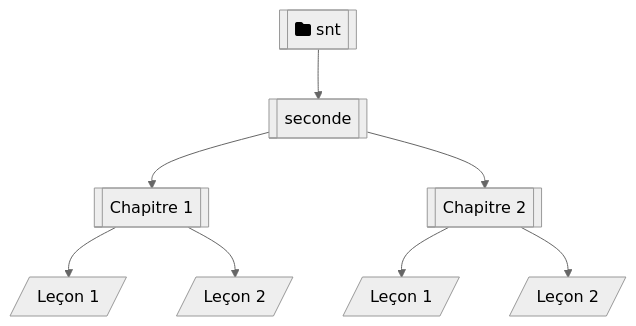
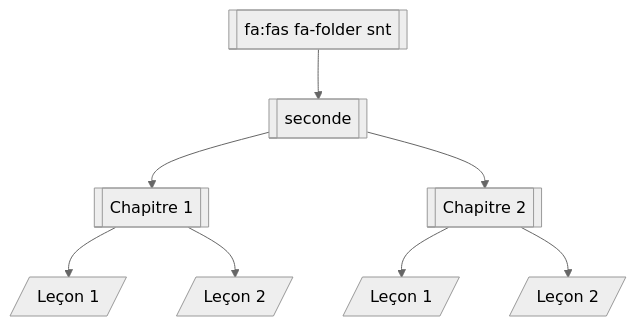
The diagram in seconde/Introduction/Introduction.md (boddaert/snt), drawn with Mermaid (neutral theme) before and after one commit.

````diff
--- a/seconde/Introduction/Introduction.md
+++ b/seconde/Introduction/Introduction.md
@@ -5,10 +5,10 @@
 ```mermaid
     flowchart TB;
-        A[["fa:fa-folder snt"]]-->B[[seconde]];
+        A[["fa:fas fa-folder snt"]]-->B[[seconde]];
         B[[seconde]]-->C[[Chapitre 1]];
         B[[seconde]]-->F[[Chapitre 2]];
         C[[Chapitre 1]]-->D[/Leçon 1/];
         C[[Chapitre 1]]-->E[/Leçon 2/];
         F[[Chapitre 2]]-->G[/Leçon 1/];
         F[[Chapitre 2]]-->H[/Leçon 2/];
 ```
````
